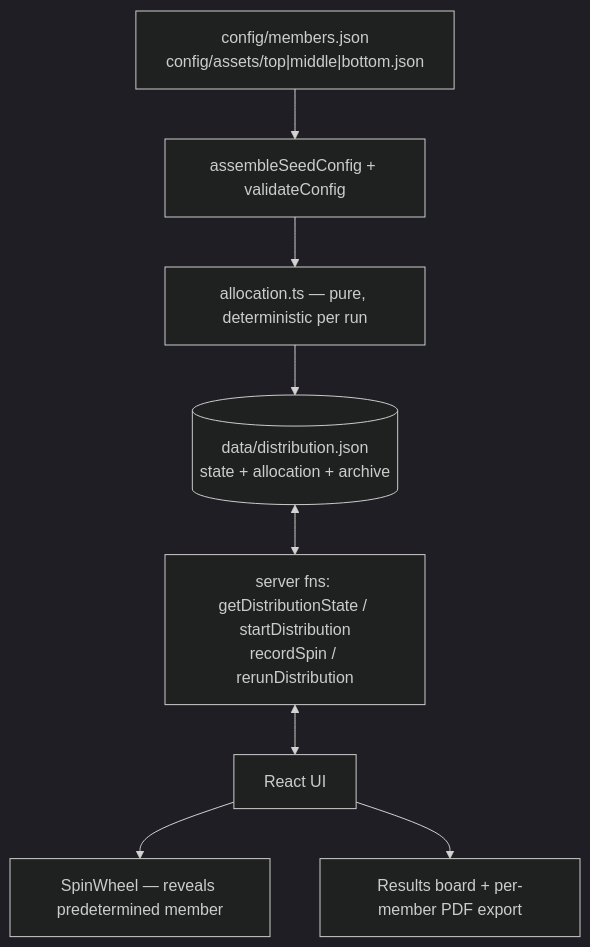
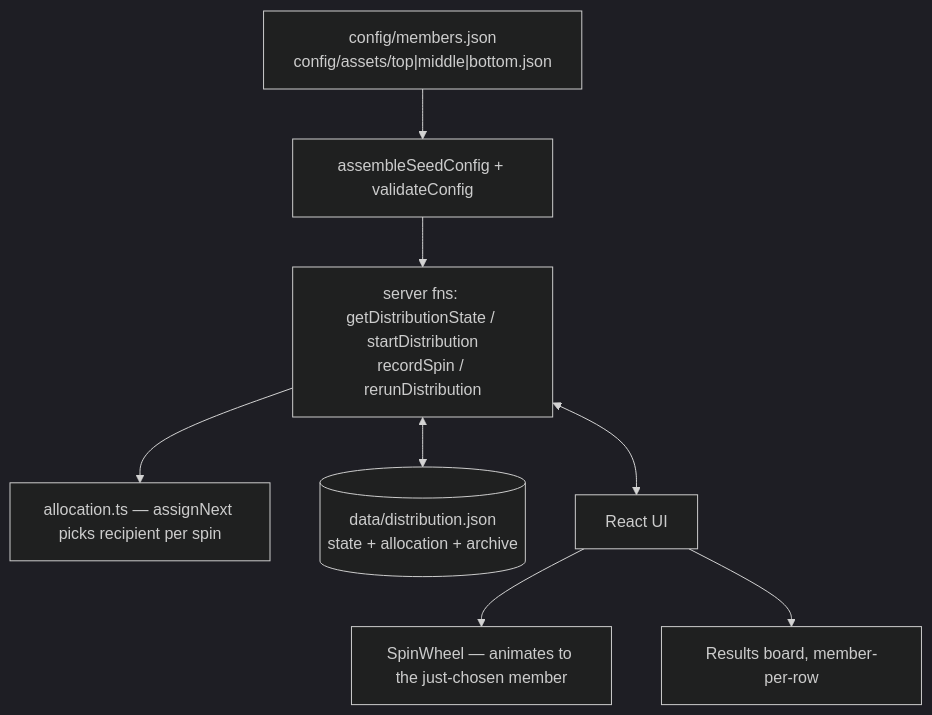
One commit to fithrahfauzan/heritage-rolling changed the first of 2 diagrams in docs/PRD.md. Above: the diagram before and after it, drawn with Mermaid (dark theme). The commit also changed other lines of this file and 16 other files, not shown here.

Commit message:
feat: revamped distribution logic to realtime instead of predetermined

````diff
--- a/docs/PRD.md
+++ b/docs/PRD.md
@@ -74,10 +83,10 @@
 ```mermaid
 flowchart TD
     Cfg["config/members.json\nconfig/assets/top|middle|bottom.json"] --> CfgFn[assembleSeedConfig + validateConfig]
-    CfgFn --> Alloc[allocation.ts — pure, deterministic per run]
-    Alloc --> Store[(data/distribution.json\nstate + allocation + archive)]
-    Store <--> SrvFns[server fns: getDistributionState / startDistribution\nrecordSpin / rerunDistribution]
+    CfgFn --> SrvFns[server fns: getDistributionState / startDistribution\nrecordSpin / rerunDistribution]
+    SrvFns --> Alloc[allocation.ts — assignNext picks recipient per spin]
+    SrvFns <--> Store[(data/distribution.json\nstate + allocation + archive)]
     SrvFns <--> UI[React UI]
-    UI --> Wheel[SpinWheel — reveals predetermined member]
-    UI --> Board[Results board + per-member PDF export]
+    UI --> Wheel[SpinWheel — animates to the just-chosen member]
+    UI --> Board[Results board, member-per-row]
 ```
````
